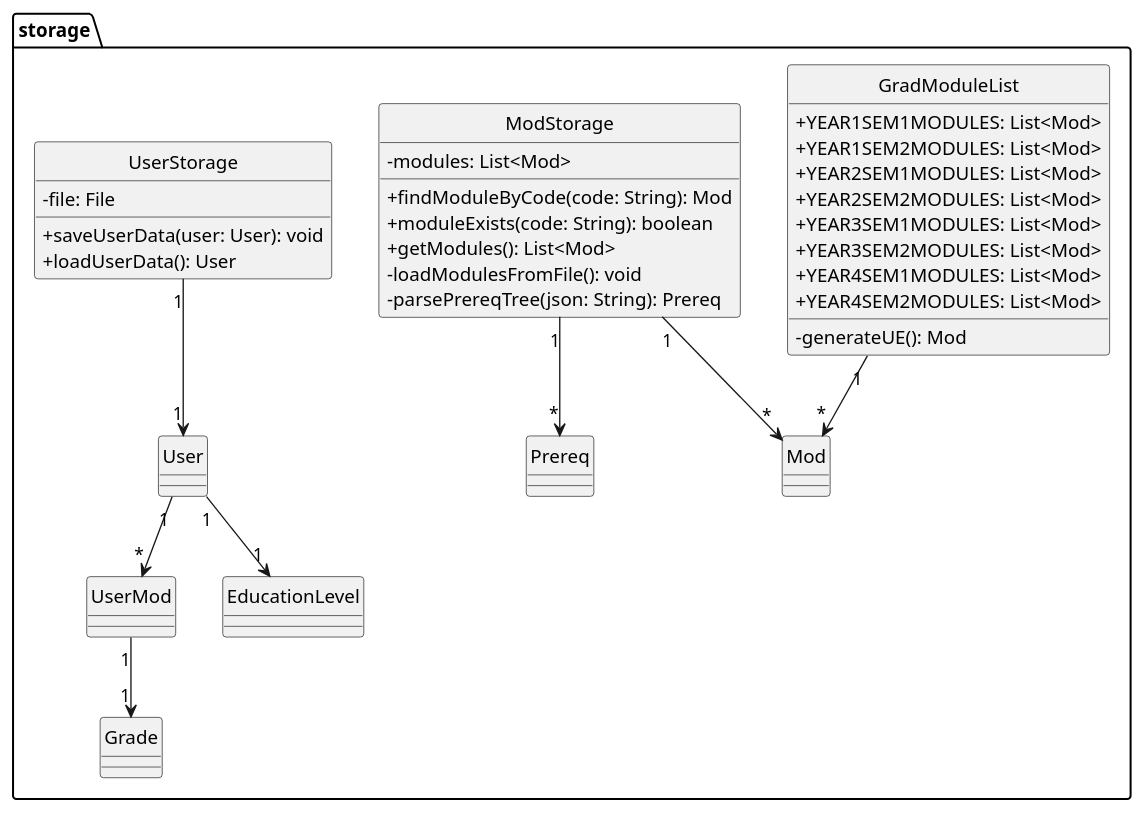
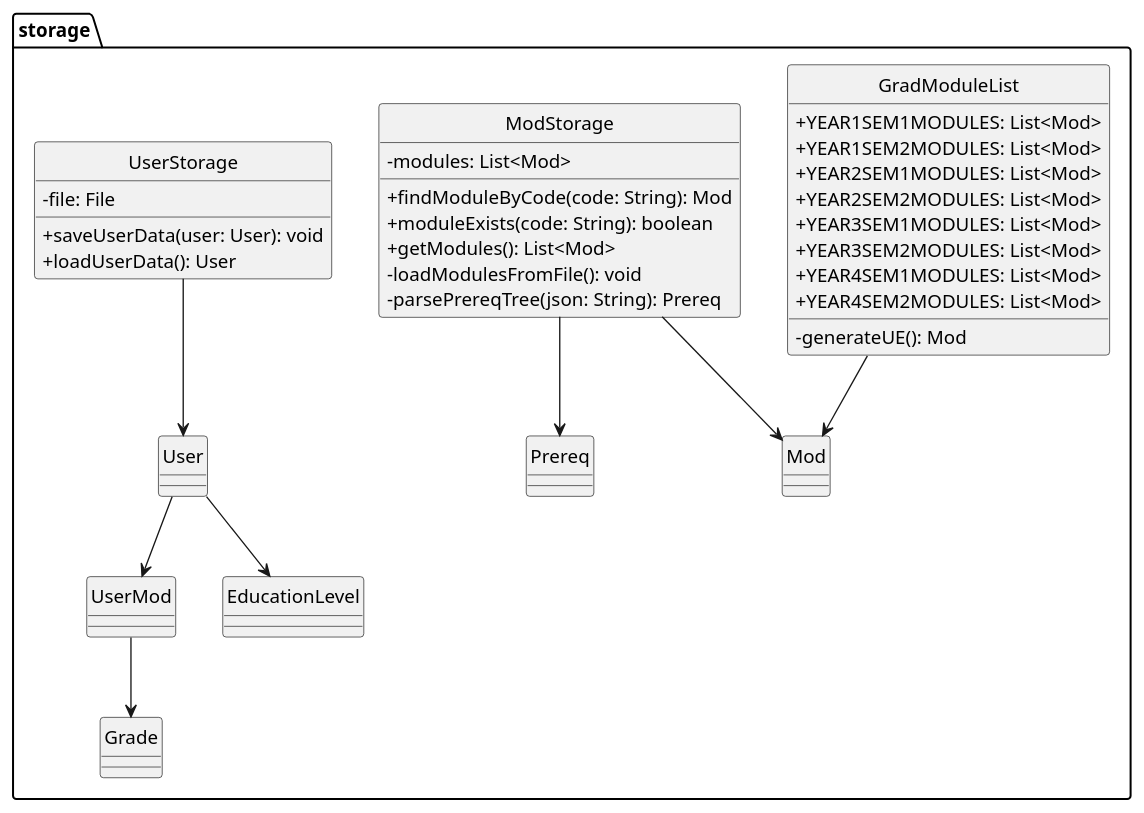
Before and after one commit to itsjoelha/tp: the diagram in docs/diagrams/StorageClassDiagram.puml, drawn with PlantUML. The commit also changed 1 other file, not shown here.

Commit message:
diagram fix

```diff
--- a/docs/diagrams/StorageClassDiagram.puml
+++ b/docs/diagrams/StorageClassDiagram.puml
@@ -1,42 +1,42 @@
 @startuml
 
 package storage {
     hide circle
     skinparam classAttributeIconSize 0
 
     class GradModuleList {
         +YEAR1SEM1MODULES: List<Mod>
         +YEAR1SEM2MODULES: List<Mod>
         +YEAR2SEM1MODULES: List<Mod>
         +YEAR2SEM2MODULES: List<Mod>
         +YEAR3SEM1MODULES: List<Mod>
         +YEAR3SEM2MODULES: List<Mod>
         +YEAR4SEM1MODULES: List<Mod>
         +YEAR4SEM2MODULES: List<Mod>
         -generateUE(): Mod
     }
 
     class ModStorage {
         -modules: List<Mod>
         +findModuleByCode(code: String): Mod
         +moduleExists(code: String): boolean
         +getModules(): List<Mod>
         -loadModulesFromFile(): void
         -parsePrereqTree(json: String): Prereq
     }
 
     class UserStorage {
         -file: File
         +saveUserData(user: User): void
         +loadUserData(): User
     }
 
-    ModStorage "1" --> "*" Mod
-    GradModuleList "1" --> "*" Mod
-    ModStorage "1" --> "*" Prereq
-    UserStorage "1" --> "1" User
-    User "1" --> "*" UserMod
-    UserMod "1" --> "1" Grade
-    User "1" --> "1" EducationLevel
+    ModStorage  -->  Mod
+    GradModuleList  -->  Mod
+    ModStorage  -->  Prereq
+    UserStorage  -->  User
+    User  -->  UserMod
+    UserMod -->  Grade
+    User  -->  EducationLevel
 }
 @enduml
```
